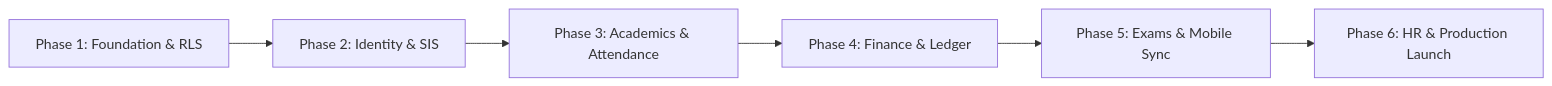
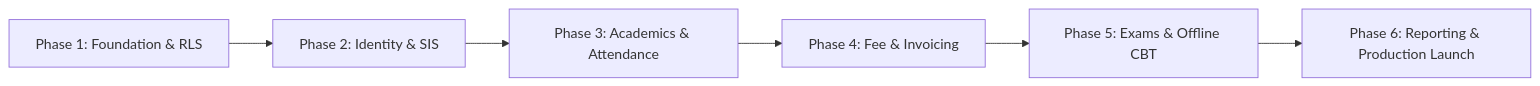
The diagram in documentation/07-delivery/development-roadmap.md (Yoba21/Fidel_Hub), drawn with Mermaid before and after one commit. The commit also changed other lines of this file and 5 other files, not shown here.

````diff
--- a/documentation/07-delivery/development-roadmap.md
+++ b/documentation/07-delivery/development-roadmap.md
@@ -14,8 +14,8 @@
 ```mermaid
 flowchart LR
     P1["Phase 1: Foundation & RLS"] --> P2["Phase 2: Identity & SIS"]
     P2 --> P3["Phase 3: Academics & Attendance"]
-    P3 --> P4["Phase 4: Finance & Ledger"]
-    P4 --> P5["Phase 5: Exams & Mobile Sync"]
-    P5 --> P6["Phase 6: HR & Production Launch"]
+    P3 --> P4["Phase 4: Fee & Invoicing"]
+    P4 --> P5["Phase 5: Exams & Offline CBT"]
+    P5 --> P6["Phase 6: Reporting & Production Launch"]
 ```
````
